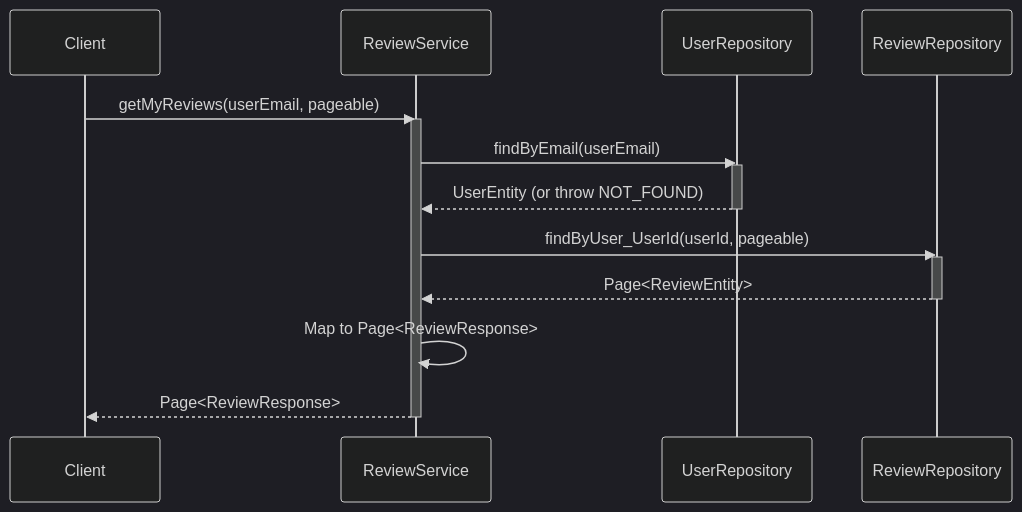
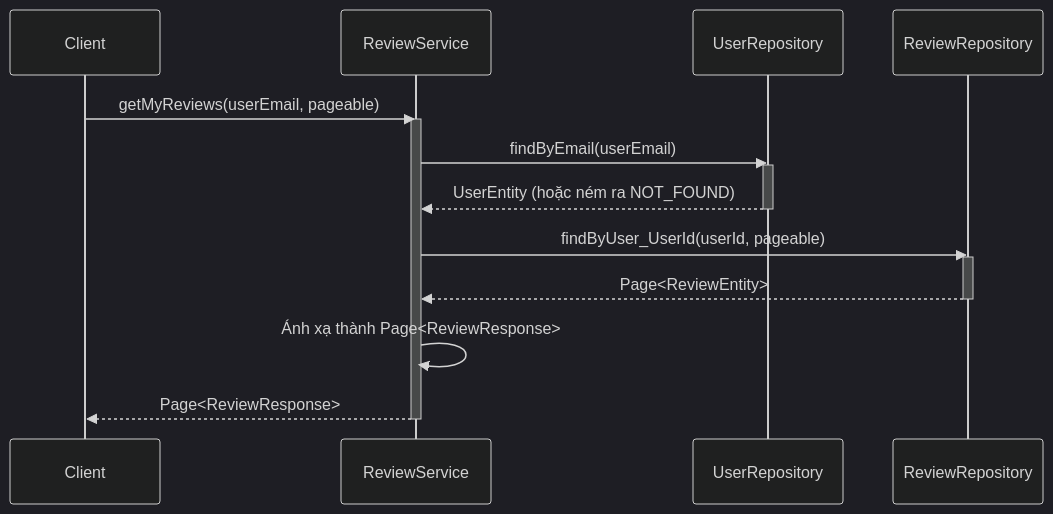
One commit to aquoc09/easymall changed the fourth of 6 diagrams in .agent/sequence/review_service_sequence_diagrams.md. Above: the diagram before and after it, drawn with Mermaid (dark theme). The commit also changed other lines of this file and 18 other files, not shown here.

Commit message:
UPDATE: Sequence diagram vietnamese

````diff
--- a/.agent/sequence/review_service_sequence_diagrams.md
+++ b/.agent/sequence/review_service_sequence_diagrams.md
@@ -132,25 +132,25 @@
 ```mermaid
 sequenceDiagram
     participant Client
     participant ReviewService
     participant UserRepository
     participant ReviewRepository
 
     Client->>ReviewService: getMyReviews(userEmail, pageable)
     activate ReviewService
 
     ReviewService->>UserRepository: findByEmail(userEmail)
     activate UserRepository
-    UserRepository-->>ReviewService: UserEntity (or throw NOT_FOUND)
+    UserRepository-->>ReviewService: UserEntity (hoặc ném ra NOT_FOUND)
     deactivate UserRepository
 
     ReviewService->>ReviewRepository: findByUser_UserId(userId, pageable)
     activate ReviewRepository
     ReviewRepository-->>ReviewService: Page<ReviewEntity>
     deactivate ReviewRepository
 
-    ReviewService->>ReviewService: Map to Page<ReviewResponse>
+    ReviewService->>ReviewService: Ánh xạ thành Page<ReviewResponse>
     
     ReviewService-->>Client: Page<ReviewResponse>
     deactivate ReviewService
 ```
````
